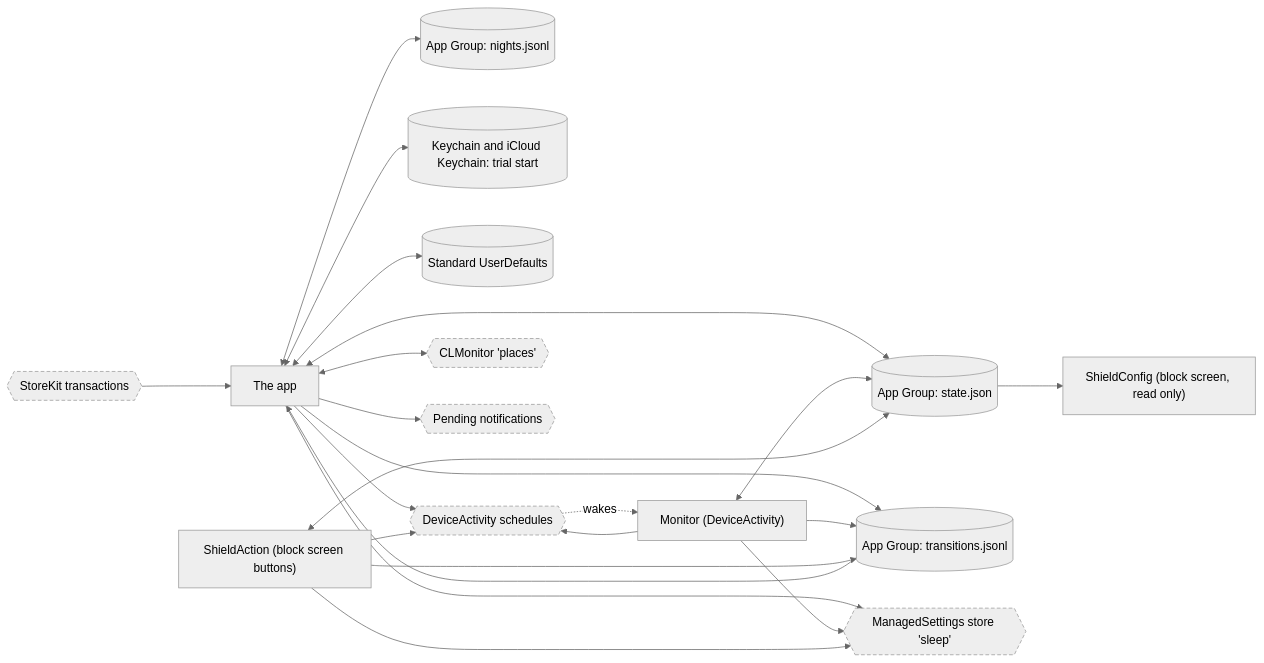
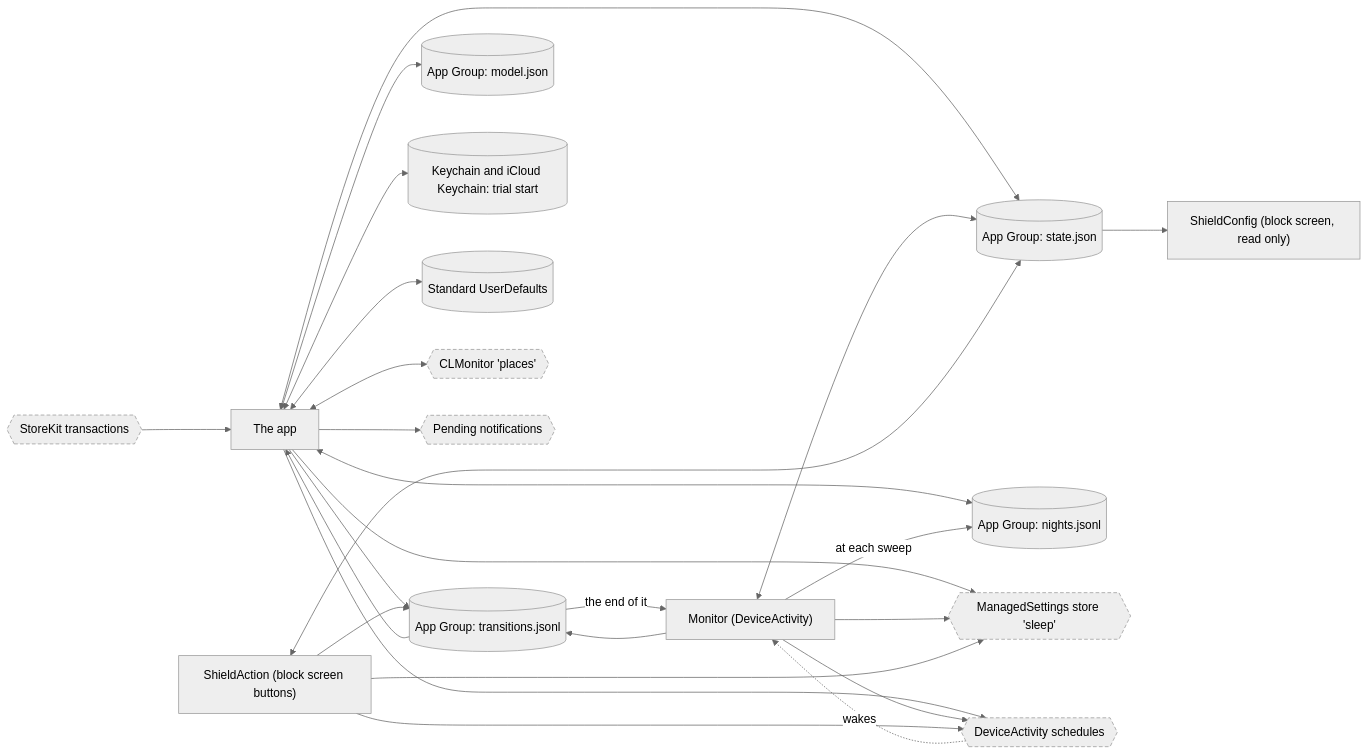
One commit to adit-rah/toll changed the diagram in docs/flows/data.md. Above: the diagram before and after it, drawn with Mermaid (neutral theme). The commit also changed other lines of this file and 86 other files, not shown here.

````diff
--- a/docs/flows/data.md
+++ b/docs/flows/data.md
@@ -11,40 +11,44 @@
 ```mermaid
 flowchart LR
   app["The app"]
   monitor["Monitor (DeviceActivity)"]
   action["ShieldAction (block screen buttons)"]
   config["ShieldConfig (block screen, read only)"]
   state[("App Group: state.json")]
   log[("App Group: transitions.jsonl")]
   nights[("App Group: nights.jsonl")]
+  model[("App Group: model.json")]
   keychain[("Keychain and iCloud Keychain: trial start")]
   defaults[("Standard UserDefaults")]
   shield{{"ManagedSettings store 'sleep'"}}
   schedules{{"DeviceActivity schedules"}}
   regions{{"CLMonitor 'places'"}}
   notes{{"Pending notifications"}}
   storekit{{"StoreKit transactions"}}
   app <--> state
   monitor <--> state
   action <--> state
   state --> config
   app --> log
   monitor --> log
   action --> log
   log --> app
+  log -->|"the end of it"| monitor
   app <--> nights
+  monitor -->|"at each sweep"| nights
+  app <--> model
   app <--> keychain
   app <--> defaults
   app --> shield
   monitor --> shield
   action --> shield
   app --> schedules
   monitor --> schedules
   action --> schedules
   schedules -.->|"wakes"| monitor
   app <--> regions
   app --> notes
   storekit --> app
   classDef system stroke-dasharray: 5 3
   class shield,schedules,regions,notes,storekit system
 ```
````
